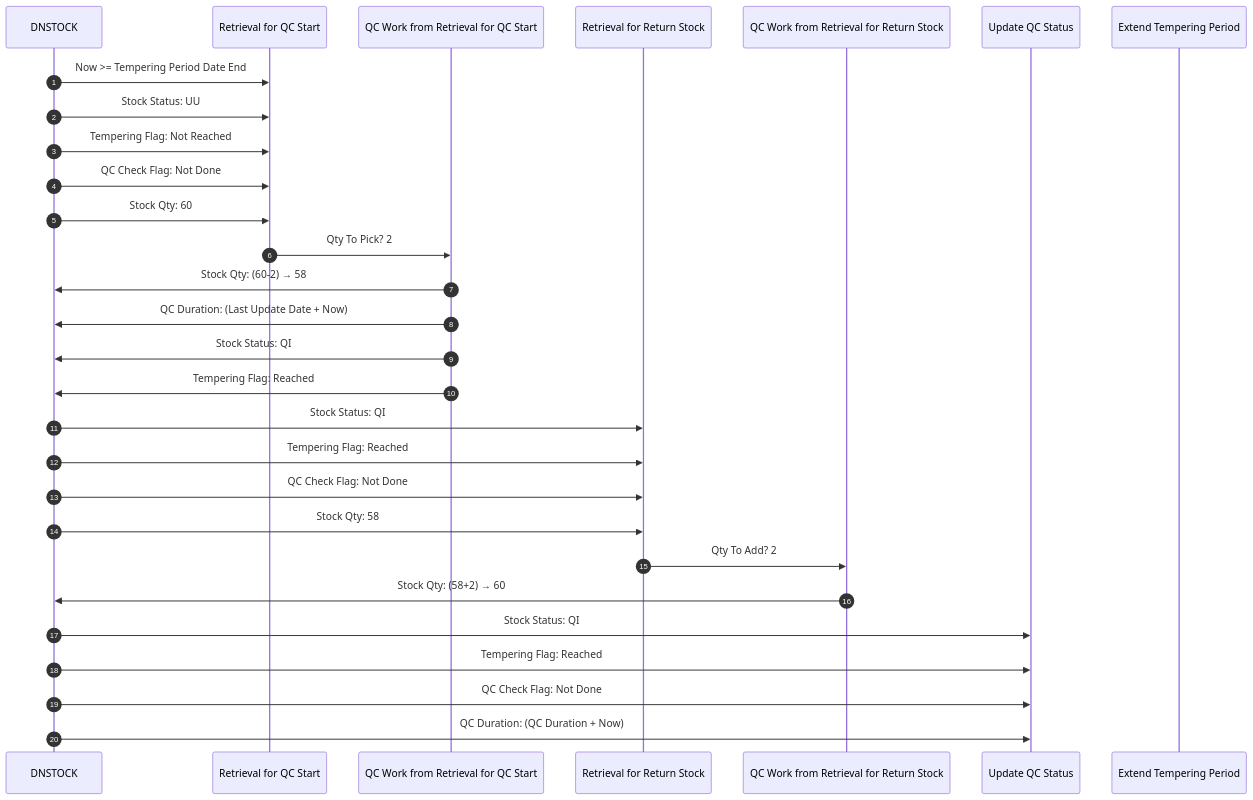
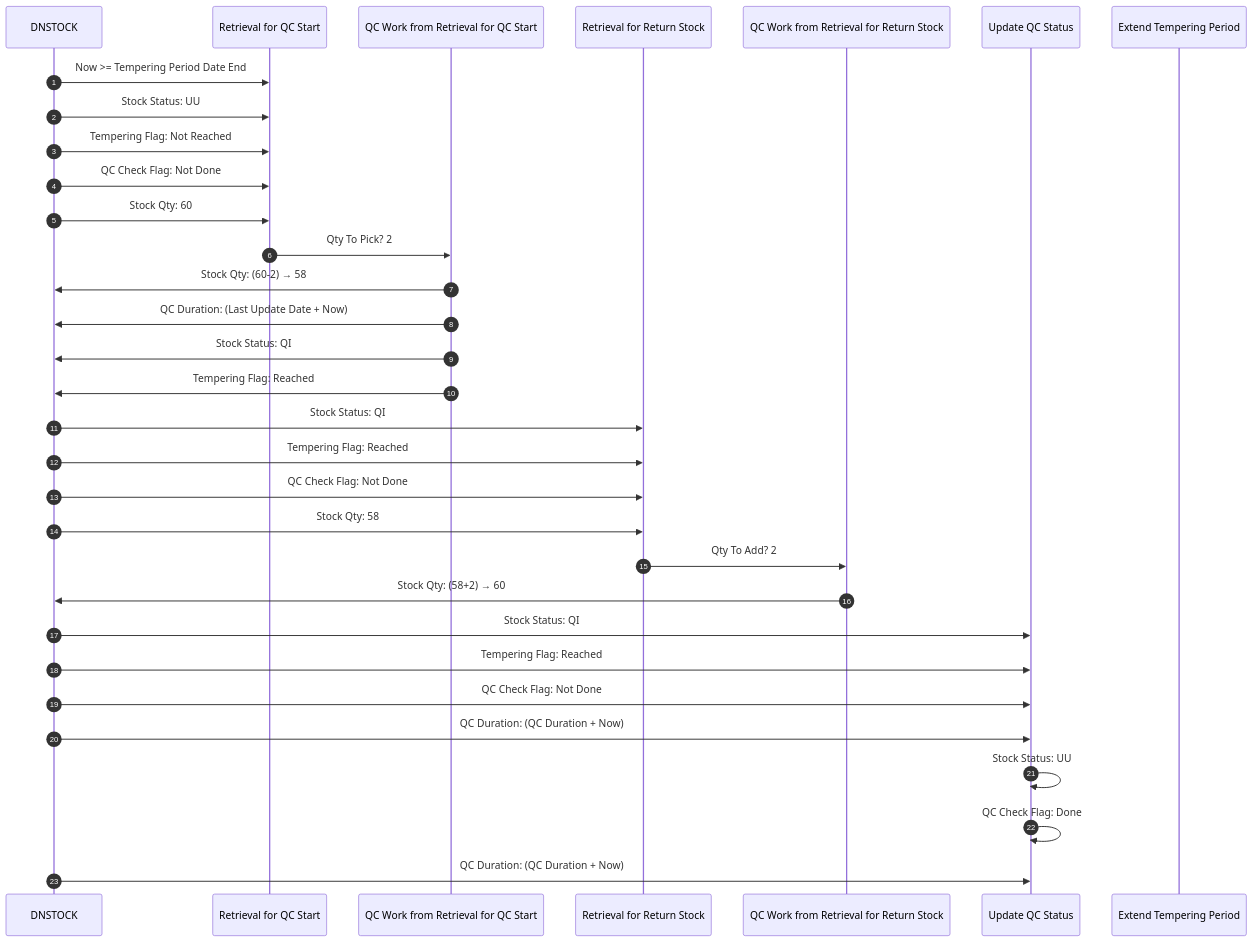
The diagram in Basic-Design/DFD-WMS/Retrieval/QC-Setting.md (luthfiadityaa/SimeDarby-Wiki), drawn with Mermaid before and after one commit.

Commit message:
Updated QC Setting

```diff
--- a/Basic-Design/DFD-WMS/Retrieval/QC-Setting.md
+++ b/Basic-Design/DFD-WMS/Retrieval/QC-Setting.md
@@ -11,45 +11,50 @@
 ::: mermaid
 sequenceDiagram
     autonumber
 
     participant DNSTOCK
     participant Retrieval for QC Start
     participant QC Work from Retrieval for QC Start
     participant Retrieval for Return Stock
     participant QC Work from Retrieval for Return Stock
     participant Update QC Status
     participant Extend Tempering Period
 
     %% --- 1. DNSTOCK ---
     DNSTOCK ->> Retrieval for QC Start: Now >= Tempering Period Date End
     DNSTOCK ->> Retrieval for QC Start: Stock Status: UU  
     DNSTOCK ->> Retrieval for QC Start: Tempering Flag: Not Reached 
     DNSTOCK ->> Retrieval for QC Start: QC Check Flag: Not Done
     DNSTOCK ->> Retrieval for QC Start: Stock Qty: 60
 
     %% --- 2. Retrieval for QC Start ---
     Retrieval for QC Start ->> QC Work from Retrieval for QC Start: Qty To Pick?  2
 
     %% --- 3. QC Work from Retrieval for QC Start ---
     QC Work from Retrieval for QC Start ->> DNSTOCK: Stock Qty: (60-2) → 58
     QC Work from Retrieval for QC Start ->> DNSTOCK: QC Duration: (Last Update Date + Now)
     QC Work from Retrieval for QC Start ->> DNSTOCK: Stock Status: QI
     QC Work from Retrieval for QC Start ->> DNSTOCK: Tempering Flag: Reached
 
     %% --- 4. Retrieval for Return Stock ---
     DNSTOCK ->> Retrieval for Return Stock: Stock Status: QI  
     DNSTOCK ->> Retrieval for Return Stock: Tempering Flag: Reached 
     DNSTOCK ->> Retrieval for Return Stock: QC Check Flag: Not Done
     DNSTOCK ->> Retrieval for Return Stock: Stock Qty: 58
 
     Retrieval for Return Stock ->> QC Work from Retrieval for Return Stock: Qty To Add?  2
 
     %% --- 5. QC Work from Retrieval for Return Stock ---
     QC Work from Retrieval for Return Stock ->> DNSTOCK: Stock Qty: (58+2) → 60
 
     %% --- 6. Update QC Status ---
     DNSTOCK ->> Update QC Status: Stock Status: QI  
     DNSTOCK ->> Update QC Status: Tempering Flag: Reached 
     DNSTOCK ->> Update QC Status: QC Check Flag: Not Done
     DNSTOCK ->> Update QC Status: QC Duration: (QC Duration + Now)
+    
+    Update QC Status ->> Update QC Status: Stock Status: UU  
+    Update QC Status ->> Update QC Status: QC Check Flag: Done
+    DNSTOCK ->> Update QC Status: QC Duration: (QC Duration + Now)
+
 :::
```
